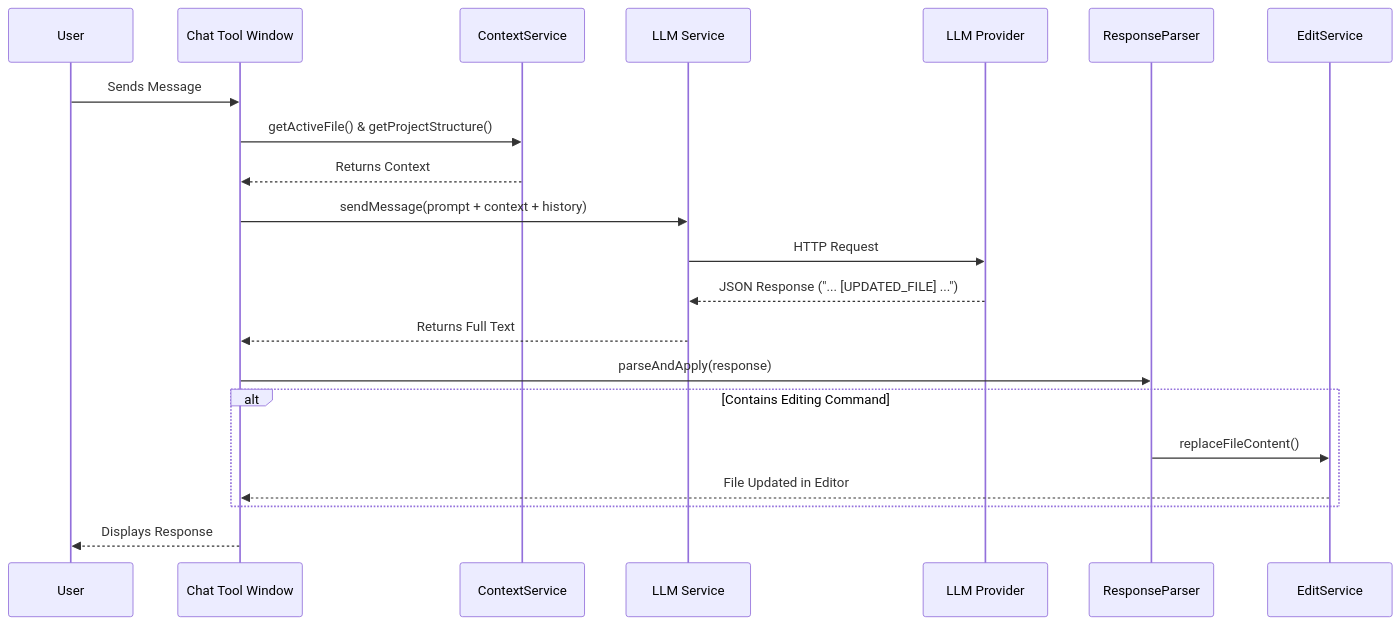
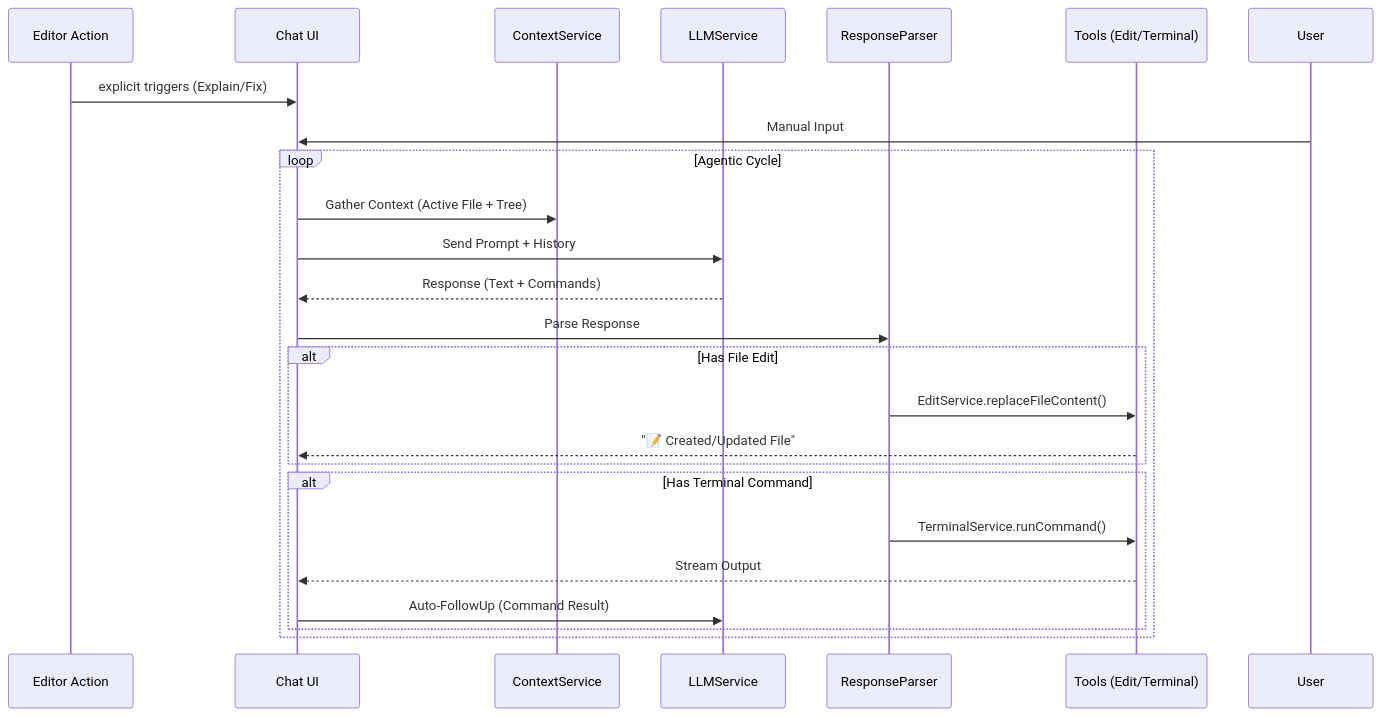
The diagram in README.md (xangcastle/ronin), drawn with Mermaid before and after one commit. The commit also changed other lines of this file, not shown here.

Commit message:
Enhance documentation: update architecture overview, clarify system components, and improve roadmap details

````diff
--- a/README.md
+++ b/README.md
@@ -71,24 +68,31 @@
 ```mermaid
 sequenceDiagram
-    participant User
-    participant UI as Chat Tool Window
+    participant Action as Editor Action
+    participant UI as Chat UI
     participant Context as ContextService
-    participant Service as LLM Service
-    participant Provider as LLM Provider
+    participant LLM as LLMService
     participant Parser as ResponseParser
-    participant Edit as EditService
+    participant Tools as Tools (Edit/Terminal)
 
-    User->>UI: Sends Message
-    UI->>Context: getActiveFile() & getProjectStructure()
-    Context-->>UI: Returns Context
-    UI->>Service: sendMessage(prompt + context + history)
-    Service->>Provider: HTTP Request
-    Provider-->>Service: JSON Response ("... [UPDATED_FILE] ...")
-    Service-->>UI: Returns Full Text
-    UI->>Parser: parseAndApply(response)
-    alt Contains Editing Command
-        Parser->>Edit: replaceFileContent()
-        Edit-->>UI: File Updated in Editor
+    Action->>UI: explicit triggers (Explain/Fix)
+    User->>UI: Manual Input
+    
+    loop Agentic Cycle
+        UI->>Context: Gather Context (Active File + Tree)
+        UI->>LLM: Send Prompt + History
+        LLM-->>UI: Response (Text + Commands)
+        
+        UI->>Parser: Parse Response
+        
+        alt Has File Edit
+            Parser->>Tools: EditService.replaceFileContent()
+            Tools-->>UI: "📝 Created/Updated File"
+        end
+        
+        alt Has Terminal Command
+            Parser->>Tools: TerminalService.runCommand()
+            Tools-->>UI: Stream Output
+            UI->>LLM: Auto-FollowUp (Command Result)
+        end
     end
-    UI-->>User: Displays Response
 ```
````
